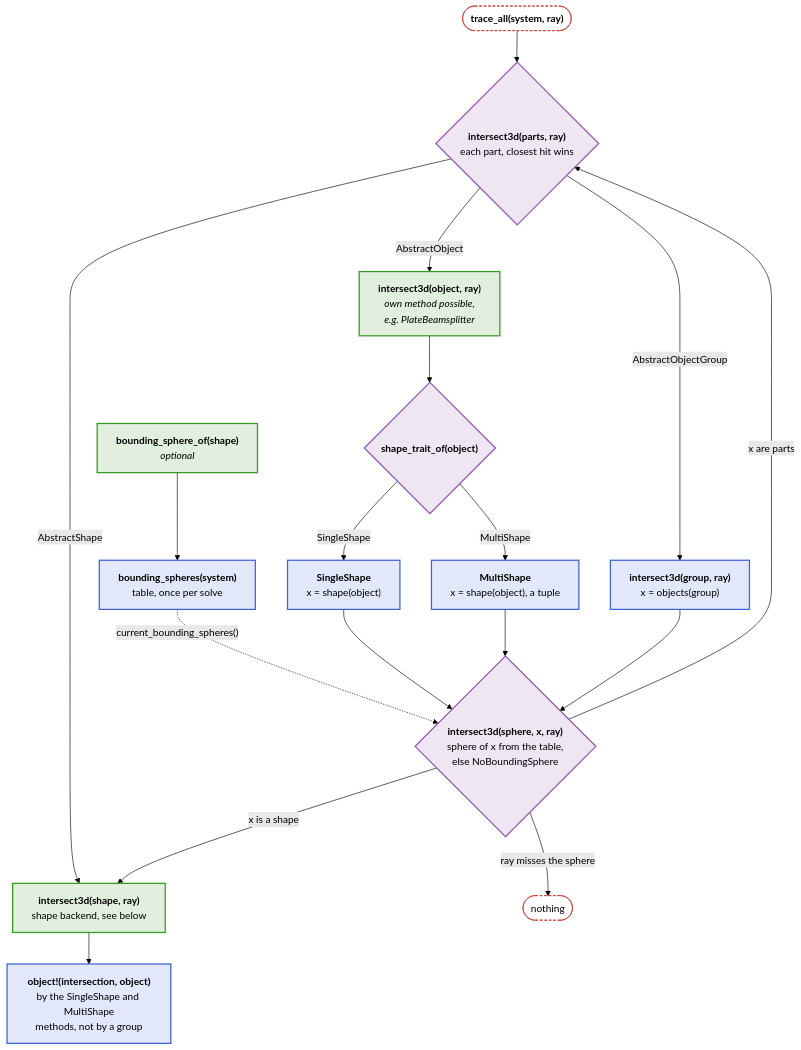
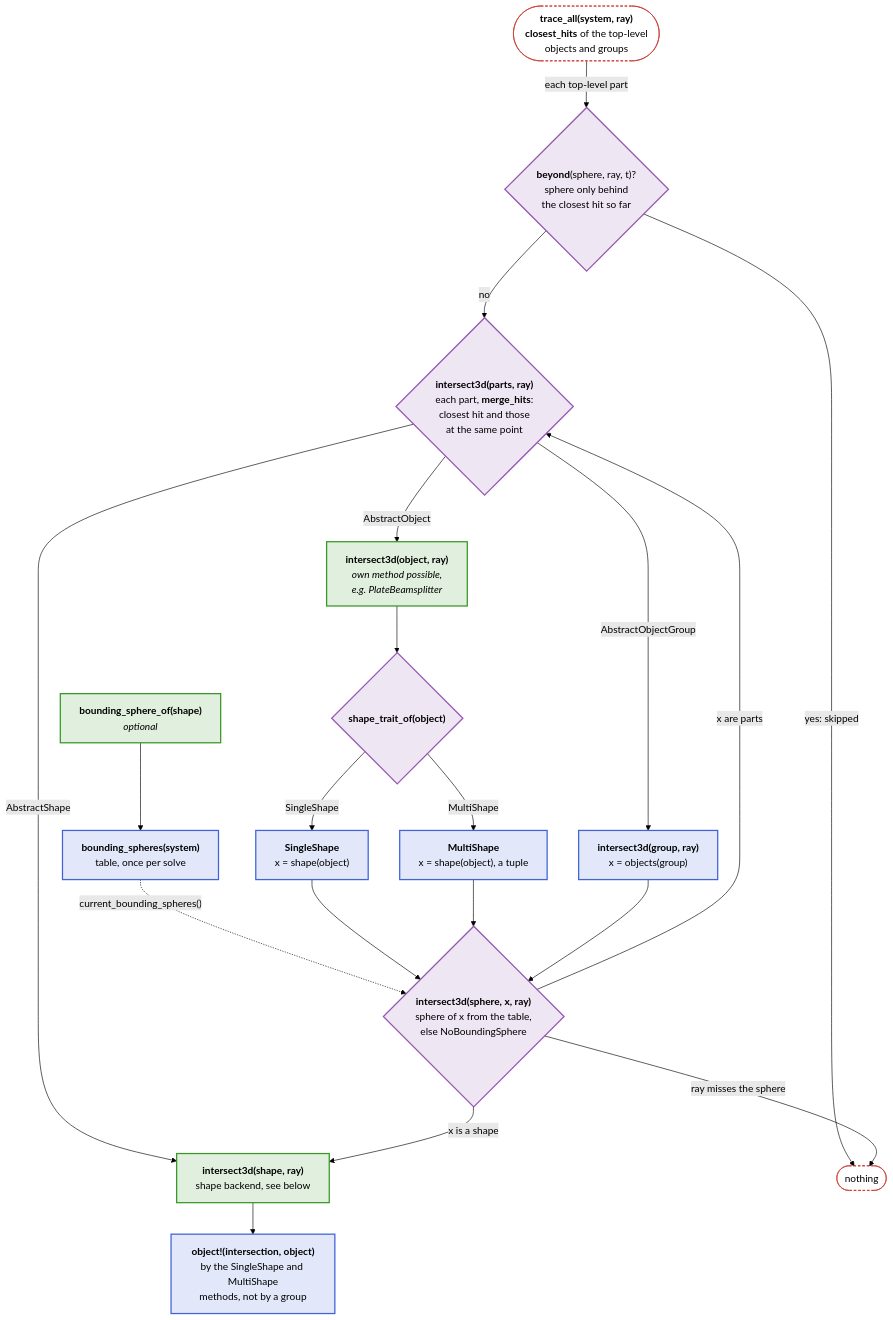
One commit to JuliaPhysics/BeamletOptics.jl changed the second of 6 diagrams in docs/src/api/core.md. Above: the diagram before and after it, drawn with Mermaid (forest theme). The commit also changed other lines of this file, not shown here.

Commit message:
Docs: core diagrams show coincident hits, the beyond-skip and the hint as an optimization

````diff
--- a/docs/src/api/core.md
+++ b/docs/src/api/core.md
@@ -62,40 +62,43 @@
 ```mermaid
 flowchart TB
-    TA(["<b>trace_all(system, ray)</b>"])
+    TA(["<b>trace_all(system, ray)</b><br/><b>closest_hits</b> of the top-level<br/>objects and groups"])
     BSO["<b>bounding_sphere_of(shape)</b><br/><i>optional</i>"]
     TBL["<b>bounding_spheres(system)</b><br/>table, once per solve"]
-    P{"<b>intersect3d(parts, ray)</b><br/>each part, closest hit wins"}
+    P{"<b>intersect3d(parts, ray)</b><br/>each part, <b>merge_hits</b>:<br/>closest hit and those<br/>at the same point"}
+    BY{"<b>beyond</b>(sphere, ray, t)?<br/>sphere only behind<br/>the closest hit so far"}
     G["<b>intersect3d(group, ray)</b><br/>x = objects(group)"]
     OJ["<b>intersect3d(object, ray)</b><br/><i>own method possible,<br/>e.g. PlateBeamsplitter</i>"]
     T{"<b>shape_trait_of(object)</b>"}
     SS["<b>SingleShape</b><br/>x = shape(object)"]
     MS["<b>MultiShape</b><br/>x = shape(object), a tuple"]
     PT{"<b>intersect3d(sphere, x, ray)</b><br/>sphere of x from the table,<br/>else NoBoundingSphere"}
     SH["<b>intersect3d(shape, ray)</b><br/>shape backend, see below"]
     OBJ["<b>object!(intersection, object)</b><br/>by the SingleShape and MultiShape<br/>methods, not by a group"]
     MISS(["nothing"])
 
     BSO --> TBL
     TBL -. "current_bounding_spheres()" .-> PT
-    TA --> P
+    TA -- "each top-level part" --> BY
+    BY -- "yes: skipped" --> MISS
+    BY -- no --> P
     P -- "AbstractObjectGroup" --> G
     P -- "AbstractObject" --> OJ
     P -- "AbstractShape" --> SH
     OJ --> T
     T -- SingleShape --> SS --> PT
     T -- MultiShape --> MS --> PT
     G --> PT
     PT -- "ray misses the sphere" --> MISS
     PT -- "x is a shape" --> SH
     PT -- "x are parts" --> P
     SH --> OBJ
 
     classDef blue fill:#4063D826,stroke:#4063D8,stroke-width:2px
     classDef green fill:#38982626,stroke:#389826,stroke-width:2px
     classDef purple fill:#9558B226,stroke:#9558B2,stroke-width:2px
     classDef terminal fill:transparent,stroke:#CB3C33,stroke-width:1.5px,stroke-dasharray:4 3
     class TBL,G,SS,MS,OBJ blue
     class BSO,OJ,SH green
-    class P,T,PT purple
+    class P,T,PT,BY purple
     class TA,MISS terminal
 ```
````
